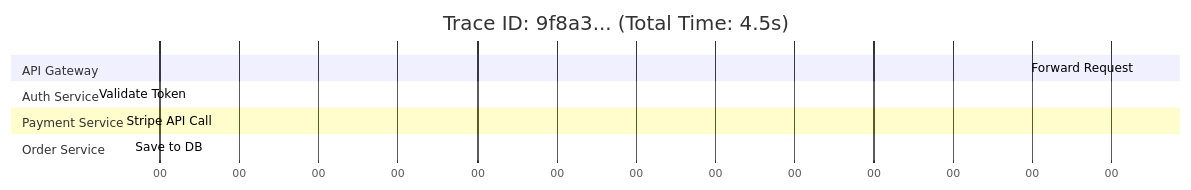
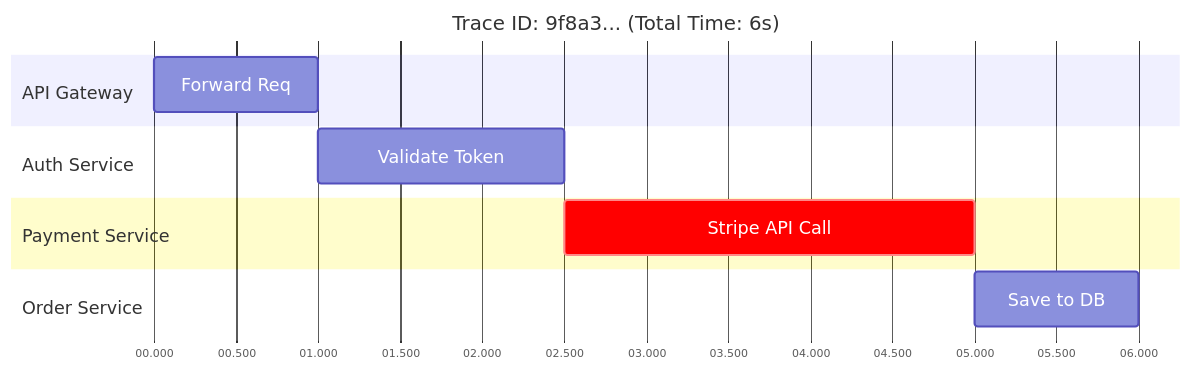
One commit to imkamaljain/engineering-interview-kit changed the diagram in src/content/topics/system-design/observability/distributed-tracing.mdx. Above: the diagram before and after it, drawn with Mermaid. The commit also changed other lines of this file and 27 other files, not shown here.

````diff
--- a/src/content/topics/system-design/observability/distributed-tracing.mdx
+++ b/src/content/topics/system-design/observability/distributed-tracing.mdx
@@ -19,18 +19,19 @@
 ```mermaid
+%%{init: {'gantt': {'barHeight': 50, 'barGap': 15, 'fontSize': 16, 'sectionFontSize': 16, 'leftPadding': 130}}}%%
 gantt
-    title Trace ID: 9f8a3... (Total Time: 4.5s)
-    dateFormat  s
-    axisFormat %S
+    title Trace ID: 9f8a3... (Total Time: 6s)
+    dateFormat  x
+    axisFormat %S.%L
     
     section API Gateway
-    Forward Request  :a1, 0, 0.5s
+    Forward Req      :a1, 0, 1000ms
     
     section Auth Service
-    Validate Token   :a2, 0.5, 1s
+    Validate Token   :a2, after a1, 1500ms
     
     section Payment Service
-    Stripe API Call  :crit, a3, 1.5, 3s
+    Stripe API Call  :crit, a3, after a2, 2500ms
     
     section Order Service
-    Save to DB       :a4, 4.5, 0.5s
+    Save to DB       :a4, after a3, 1000ms
 ```
````
